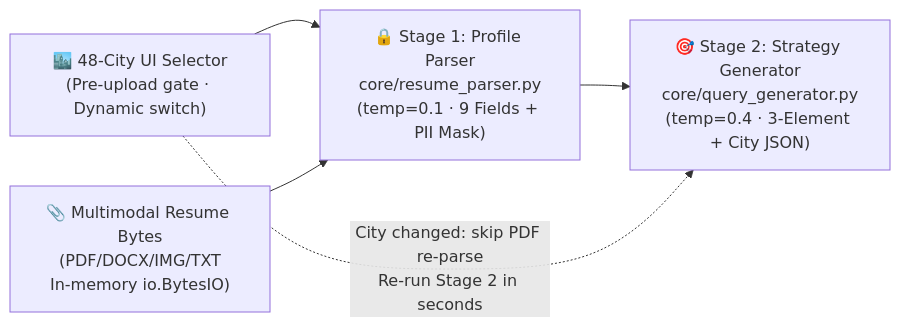
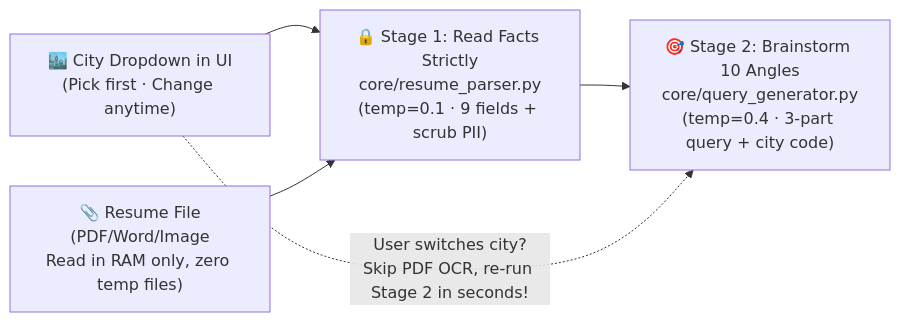
Before and after one commit to jason-haha-69135/boss-zhipin-crawler: the diagram in tutorials/en/02-stage1-stage2-resume-to-queries.md, drawn with Mermaid. The commit also changed other lines of this file and 14 other files, not shown here.

````diff
--- a/tutorials/en/02-stage1-stage2-resume-to-queries.md
+++ b/tutorials/en/02-stage1-stage2-resume-to-queries.md
@@ -33,11 +33,11 @@
 ```mermaid
 flowchart LR
-    CityUI["🏙️ 48-City UI Selector\n(Pre-upload gate · Dynamic switch)"]
-    Upload["📎 Multimodal Resume Bytes\n(PDF/DOCX/IMG/TXT\nIn-memory io.BytesIO)"]
-    S1["🔒 Stage 1: Profile Parser\ncore/resume_parser.py\n(temp=0.1 · 9 Fields + PII Mask)"]
-    S2["🎯 Stage 2: Strategy Generator\ncore/query_generator.py\n(temp=0.4 · 3-Element + City JSON)"]
+    CityUI["🏙️ City Dropdown in UI\n(Pick first · Change anytime)"]
+    Upload["📎 Resume File\n(PDF/Word/Image\nRead in RAM only, zero temp files)"]
+    S1["🔒 Stage 1: Read Facts Strictly\ncore/resume_parser.py\n(temp=0.1 · 9 fields + scrub PII)"]
+    S2["🎯 Stage 2: Brainstorm 10 Angles\ncore/query_generator.py\n(temp=0.4 · 3-part query + city code)"]
 
     CityUI --> S1
     Upload --> S1 --> S2
-    CityUI -.->|"City changed: skip PDF re-parse\nRe-run Stage 2 in seconds"| S2
+    CityUI -.->|"User switches city?\nSkip PDF OCR, re-run Stage 2 in seconds!"| S2
 ```
````
